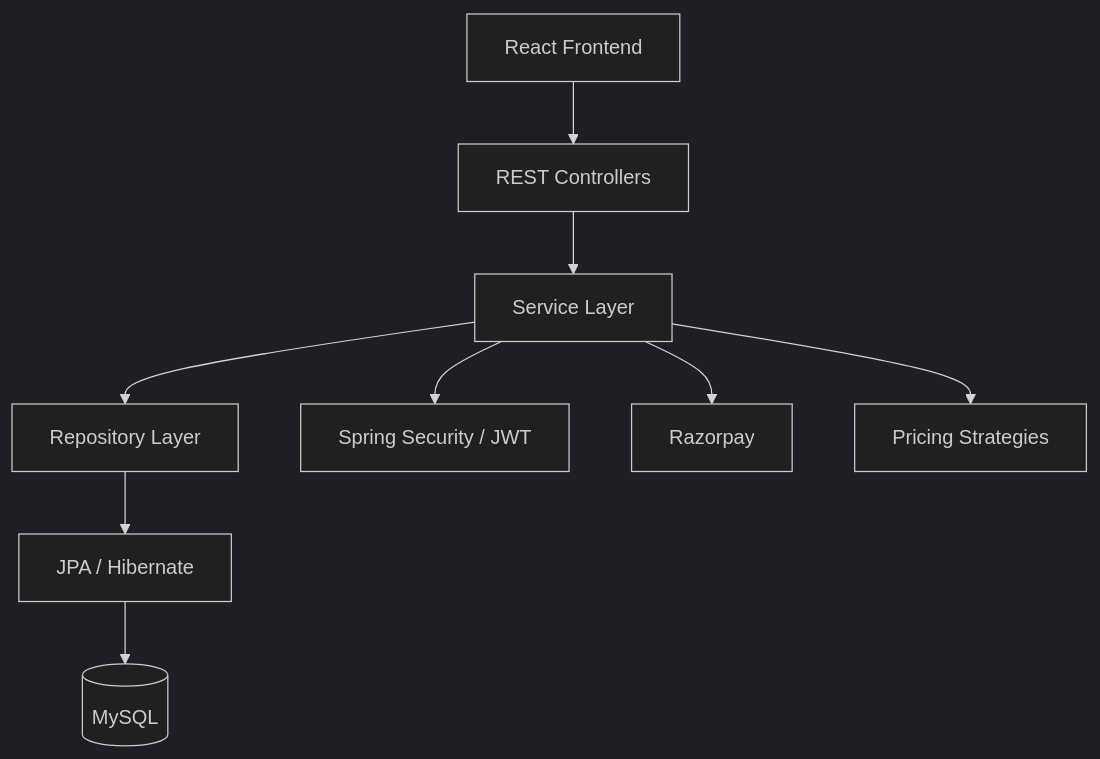
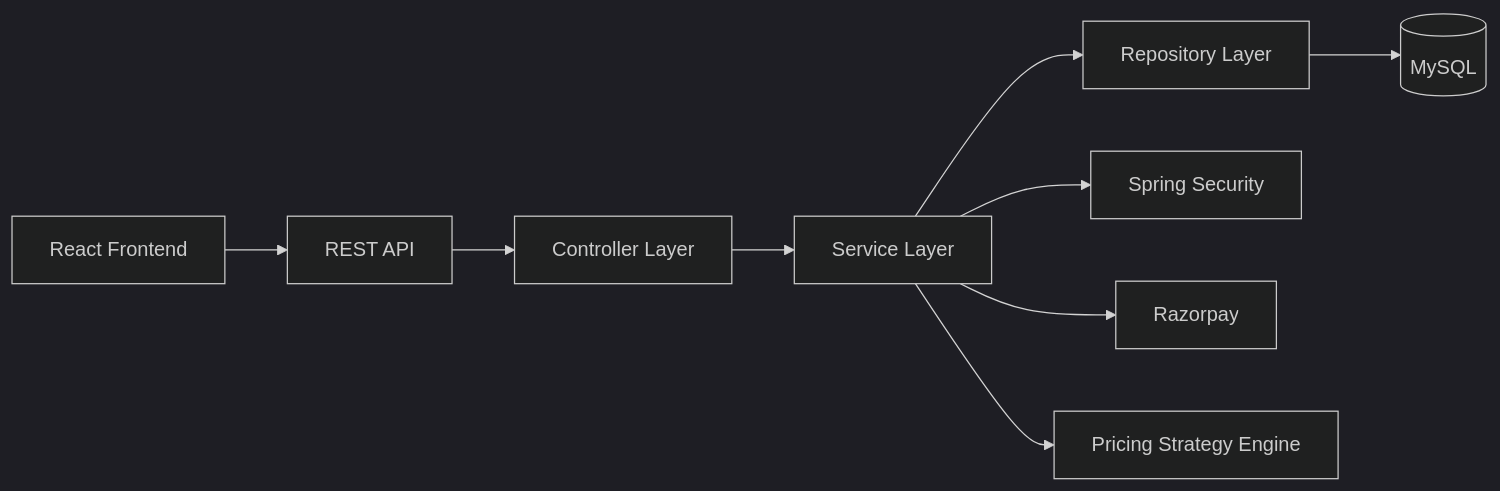
Before and after one commit to Sujals246/Staybook: the first of 6 diagrams in README.md, drawn with Mermaid (dark theme). The commit also changed other lines of this file, not shown here.

````diff
--- a/README.md
+++ b/README.md
@@ -371,18 +178,17 @@
 ```mermaid
-flowchart TD
-    A[React Frontend] --> B[REST Controllers]
+flowchart LR
 
-    B --> C[Service Layer]
+    A[React Frontend] --> B[REST API]
 
-    C --> D[Repository Layer]
+    B --> C[Controller Layer]
 
-    D --> E[JPA / Hibernate]
+    C --> D[Service Layer]
+
+    D --> E[Repository Layer]
 
     E --> F[(MySQL)]
 
-    C --> G[Spring Security / JWT]
-
-    C --> H[Razorpay]
-
-    C --> I[Pricing Strategies]
+    D --> G[Spring Security]
+    D --> H[Razorpay]
+    D --> I[Pricing Strategy Engine]
 ```
````
